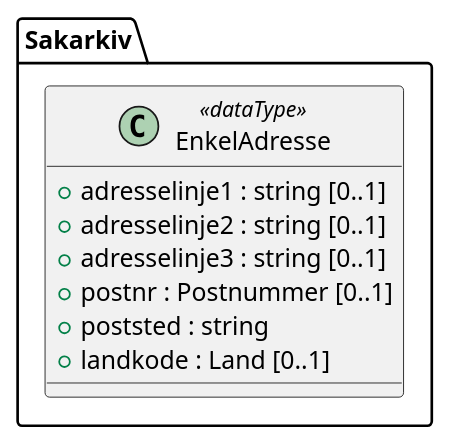
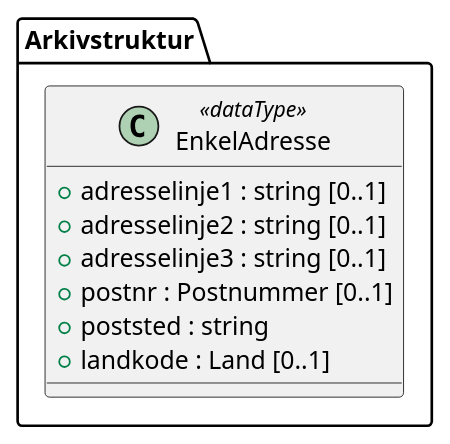
Before and after one commit to arkivverket/noark5-tjenestegrensesnitt-standard: the diagram in kapitler/media/uml-datatype-enkeladresse.iuml, drawn with PlantUML. The commit also changed 17 other files, not shown here.

First line of the commit message:
Flytt Part, Korrespondansepart, EnkelAdresse og Kontaktinformasion

```diff
--- a/kapitler/media/uml-datatype-enkeladresse.iuml
+++ b/kapitler/media/uml-datatype-enkeladresse.iuml
@@ -1,10 +1,10 @@
 @startuml
-class Sakarkiv.EnkelAdresse <<dataType>> {
+class Arkivstruktur.EnkelAdresse <<dataType>> {
   +adresselinje1 : string [0..1]
   +adresselinje2 : string [0..1]
   +adresselinje3 : string [0..1]
   +postnr : Postnummer [0..1]
   +poststed : string
   +landkode : Land [0..1]
 }
 @enduml
```
